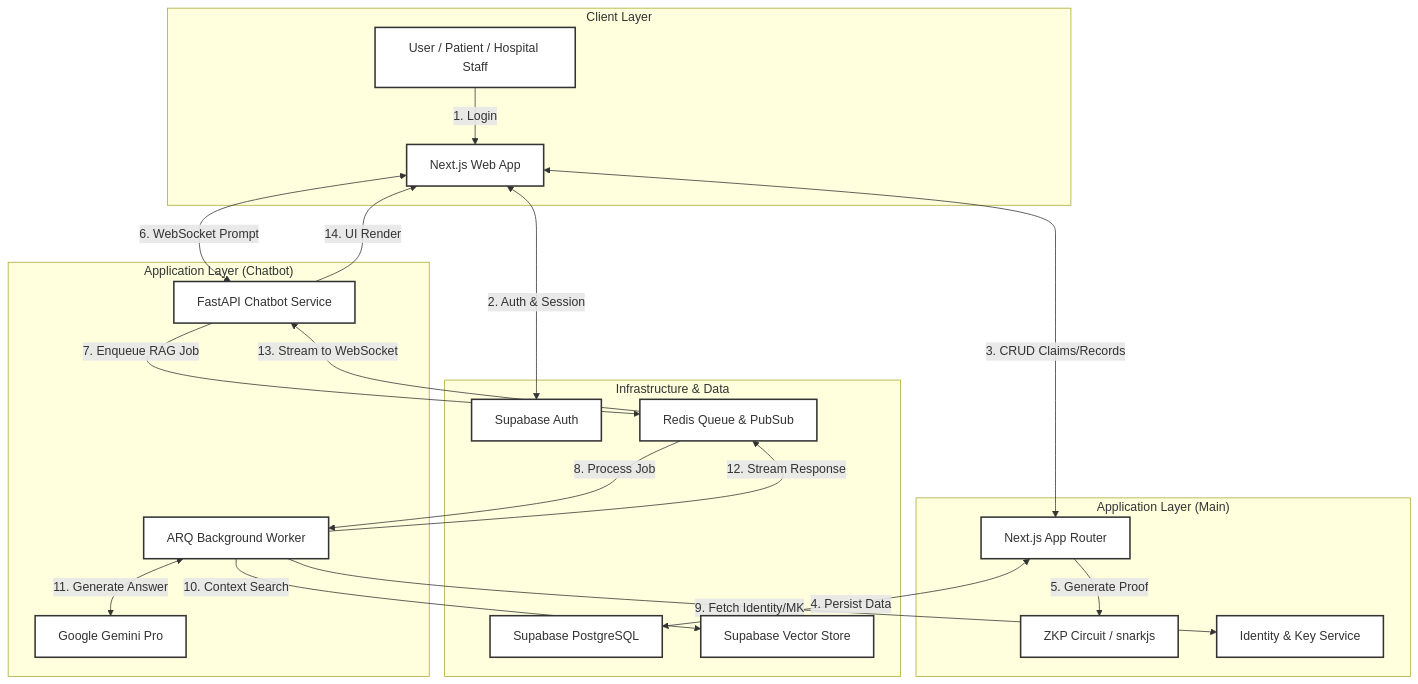
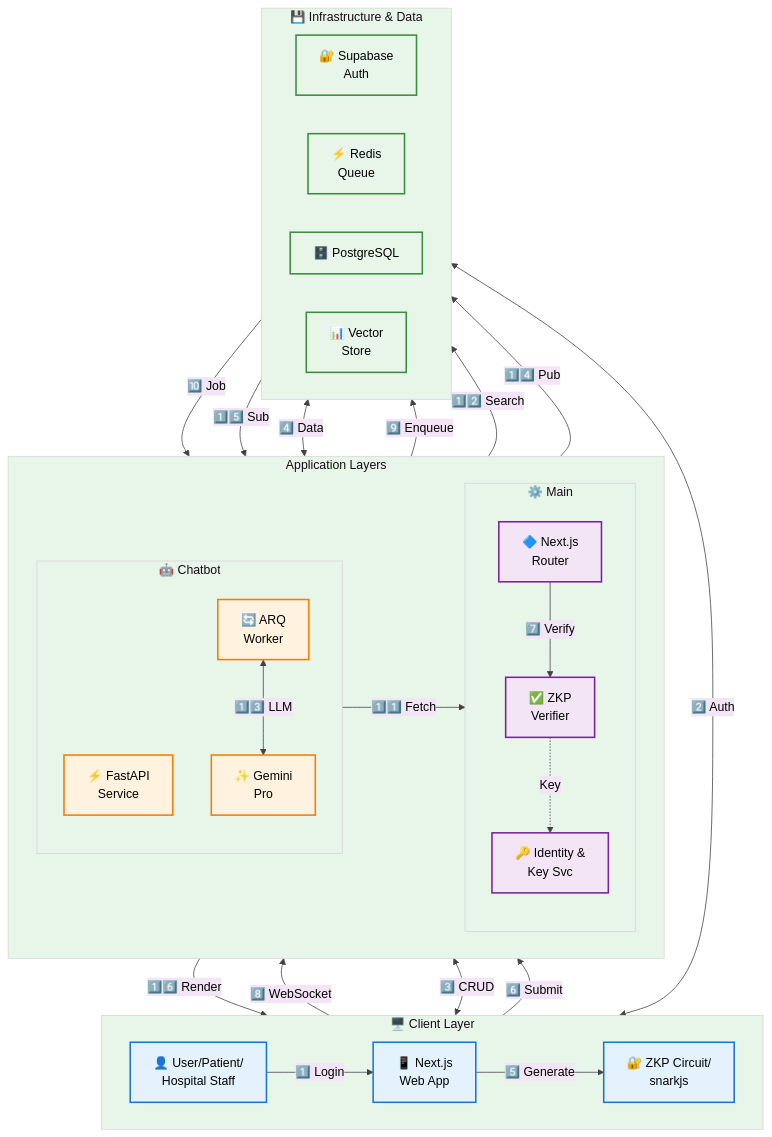
One commit to leeCode83/claimly changed the diagram in README.md. Above: the diagram before and after it, drawn with Mermaid.

Commit message:
readme: update diagram

````diff
--- a/README.md
+++ b/README.md
@@ -13,49 +13,82 @@
 ```mermaid
-graph TD
-    subgraph "Client Layer"
-        User[User / Patient / Hospital Staff]
-        Browser[Next.js Web App]
-    end
+---
+config:
+  theme: base
+  themeVariables:
+    primaryColor: '#e3f2fd'
+    primaryTextColor: '#000'
+    primaryBorderColor: '#1976d2'
+    lineColor: '#424242'
+    secondaryColor: '#f3e5f5'
+    tertiaryColor: '#e8f5e9'
+    noteBkgColor: '#fff3e0'
+    noteTextColor: '#000'
+  layout: dagre
+---
+flowchart TB
+ subgraph Client["🖥️ Client Layer"]
+    direction LR
+        User["👤 User/Patient/<br>Hospital Staff"]
+        Browser["📱 Next.js<br>Web App"]
+        ZKPClient["🔐 ZKP Circuit/<br>snarkjs"]
+  end
+ subgraph Chatbot["🤖 Chatbot"]
+    direction TB
+        FastAPI["⚡ FastAPI<br>Service"]
+        Worker["🔄 ARQ<br>Worker"]
+        Gemini["✨ Gemini<br>Pro"]
+  end
+ subgraph MainApp["⚙️ Main"]
+    direction TB
+        NextJS["🔷 Next.js<br>Router"]
+        ZKPVerify["✅ ZKP<br>Verifier"]
+        Identity["🔑 Identity &amp;<br>Key Svc"]
+  end
+ subgraph Applications["Application Layers"]
+    direction LR
+        Chatbot
+        MainApp
+  end
+ subgraph Infra["💾 Infrastructure & Data"]
+    direction LR
+        SupabaseAuth["🔐 Supabase<br>Auth"]
+        Redis["⚡ Redis<br>Queue"]
+        SupabasePostgres["🗄️ PostgreSQL"]
+        SupabaseVector["📊 Vector<br>Store"]
+  end
+    User -- 1️⃣ Login --> Browser
+    Browser -- 8️⃣ WebSocket --> FastAPI
+    Browser <-- 3️⃣ CRUD --> NextJS
+    Browser -- 5️⃣ Generate --> ZKPClient
+    ZKPClient -- 6️⃣ Submit --> NextJS
+    Browser <-- 2️⃣ Auth --> SupabaseAuth
+    NextJS <-- 4️⃣ Data --> SupabasePostgres
+    NextJS -- 7️⃣ Verify --> ZKPVerify
+    ZKPVerify -. Key .-> Identity
+    FastAPI -- 9️⃣ Enqueue --> Redis
+    Redis -- 🔟 Job --> Worker
+    Worker -- 1️⃣1️⃣ Fetch --> Identity
+    Worker -- 1️⃣2️⃣ Search --> SupabaseVector
+    Worker <-- 1️⃣3️⃣ LLM --> Gemini
+    Worker -- 1️⃣4️⃣ Pub --> Redis
+    Redis -- 1️⃣5️⃣ Sub --> FastAPI
+    FastAPI -- 1️⃣6️⃣ Render --> Browser
 
-    subgraph "Application Layer (Main)"
-        NextJS[Next.js App Router]
-        ZKP[ZKP Circuit / snarkjs]
-        Identity[Identity & Key Service]
-    end
-
-    subgraph "Application Layer (Chatbot)"
-        FastAPI[FastAPI Chatbot Service]
-        Worker[ARQ Background Worker]
-        Gemini[Google Gemini Pro]
-    end
-
-    subgraph "Infrastructure & Data"
-        SupabaseAuth[Supabase Auth]
-        SupabasePostgres[Supabase PostgreSQL]
-        SupabaseVector[Supabase Vector Store]
-        Redis[Redis Queue & PubSub]
-    end
-
-    %% Flow: Auth
-    User -->|1. Login| Browser
-    Browser <-->|2. Auth & Session| SupabaseAuth
-
-    %% Flow: Management
-    Browser <-->|3. CRUD Claims/Records| NextJS
-    NextJS <-->|4. Persist Data| SupabasePostgres
-    NextJS -->|5. Generate Proof| ZKP
-
-    %% Flow: Chatbot (RAG)
-    Browser <-->|6. WebSocket Prompt| FastAPI
-    FastAPI -->|7. Enqueue RAG Job| Redis
-    Redis -->|8. Process Job| Worker
-    Worker -->|9. Fetch Identity/MK| Identity
-    Worker -->|10. Context Search| SupabaseVector
-    Worker <-->|11. Generate Answer| Gemini
-    Worker -->|12. Stream Response| Redis
-    Redis -->|13. Stream to WebSocket| FastAPI
-    FastAPI -->|14. UI Render| Browser
-
-    %% Styling (High Contrast)
-    classDef default fill:#fff,stroke:#333,stroke-width:2px;
+     User:::clientStyle
+     Browser:::clientStyle
+     ZKPClient:::clientStyle
+     FastAPI:::chatbotStyle
+     Worker:::chatbotStyle
+     Gemini:::chatbotStyle
+     NextJS:::mainAppStyle
+     ZKPVerify:::mainAppStyle
+     Identity:::mainAppStyle
+     SupabaseAuth:::infraStyle
+     Redis:::infraStyle
+     SupabasePostgres:::infraStyle
+     SupabaseVector:::infraStyle
+    classDef clientStyle fill:#e3f2fd,stroke:#1976d2,stroke-width:2px,color:#000
+    classDef mainAppStyle fill:#f3e5f5,stroke:#7b1fa2,stroke-width:2px,color:#000
+    classDef chatbotStyle fill:#fff3e0,stroke:#f57c00,stroke-width:2px,color:#000
+    classDef infraStyle fill:#e8f5e9,stroke:#388e3c,stroke-width:2px,color:#000
 ```
````
